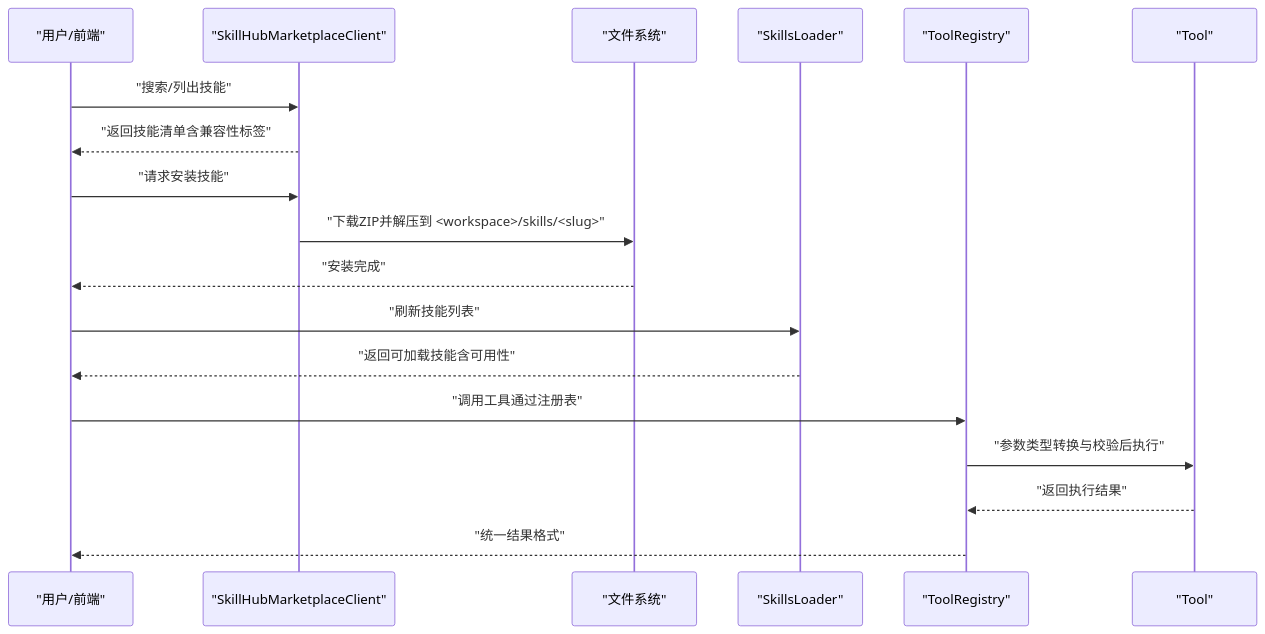
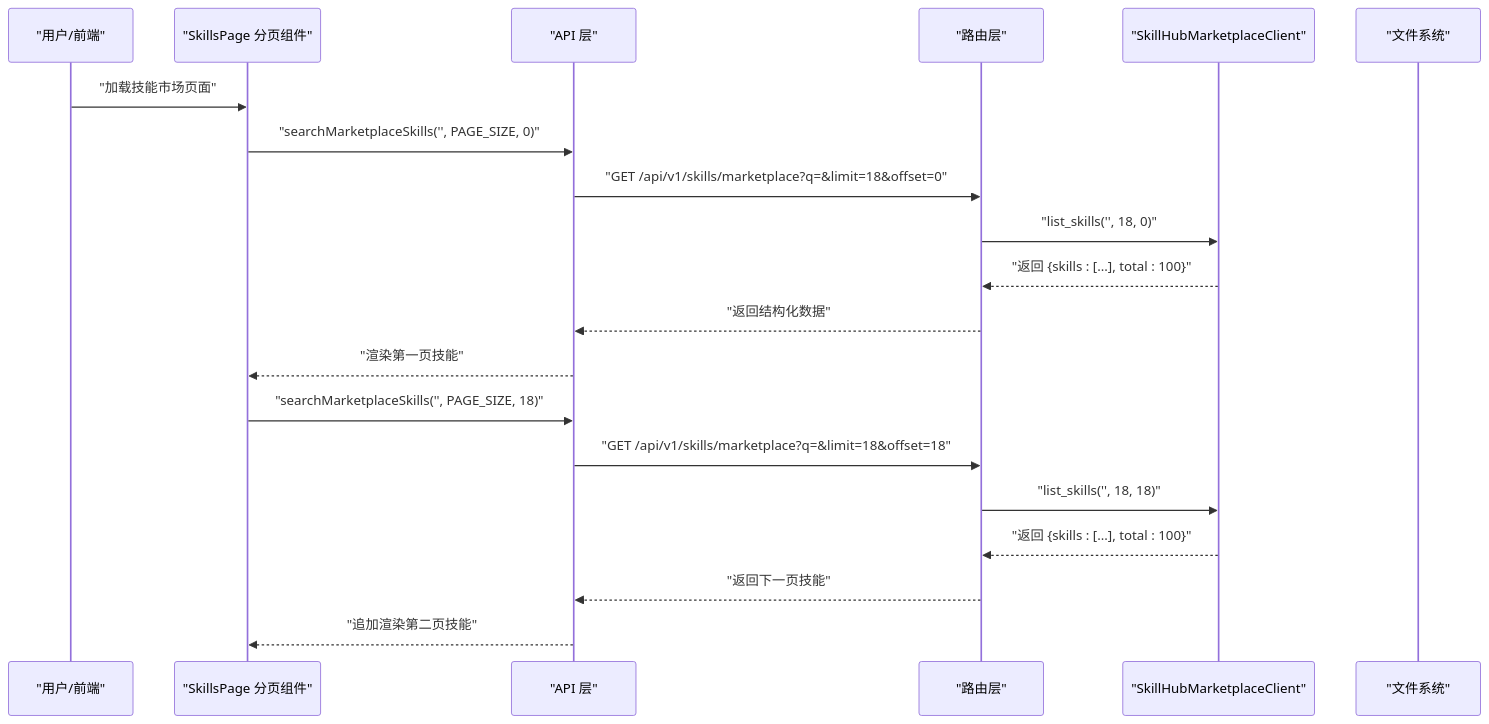
The second of 8 diagrams in .qoder/repowiki/zh/content/技能系统/技能系统.md (757607106/nanobot), drawn with Mermaid before and after one commit. The commit also changed other lines of this file and 60 other files, not shown here.

````diff
--- a/.qoder/repowiki/zh/content/技能系统/技能系统.md
+++ b/.qoder/repowiki/zh/content/技能系统/技能系统.md
@@ -105,20 +146,22 @@
 ```mermaid
 sequenceDiagram
 participant U as "用户/前端"
+participant P as "SkillsPage 分页组件"
+participant A as "API 层"
+participant R as "路由层"
 participant M as "SkillHubMarketplaceClient"
 participant FS as "文件系统"
-participant L as "SkillsLoader"
-participant R as "ToolRegistry"
-participant T as "Tool"
-U->>M : "搜索/列出技能"
-M-->>U : "返回技能清单含兼容性标签"
-U->>M : "请求安装技能"
-M->>FS : "下载ZIP并解压到 <workspace>/skills/<slug>"
-FS-->>U : "安装完成"
-U->>L : "刷新技能列表"
-L-->>U : "返回可加载技能含可用性"
-U->>R : "调用工具通过注册表"
-R->>T : "参数类型转换与校验后执行"
-T-->>R : "返回执行结果"
-R-->>U : "统一结果格式"
+U->>P : "加载技能市场页面"
+P->>A : "searchMarketplaceSkills('', PAGE_SIZE, 0)"
+A->>R : "GET /api/v1/skills/marketplace?q=&limit=18&offset=0"
+R->>M : "list_skills('', 18, 0)"
+M-->>R : "返回 {skills : [...], total : 100}"
+R-->>A : "返回结构化数据"
+A-->>P : "渲染第一页技能"
+P->>A : "searchMarketplaceSkills('', PAGE_SIZE, 18)"
+A->>R : "GET /api/v1/skills/marketplace?q=&limit=18&offset=18"
+R->>M : "list_skills('', 18, 18)"
+M-->>R : "返回 {skills : [...], total : 100}"
+R-->>A : "返回下一页技能"
+A-->>P : "追加渲染第二页技能"
 ```
````
